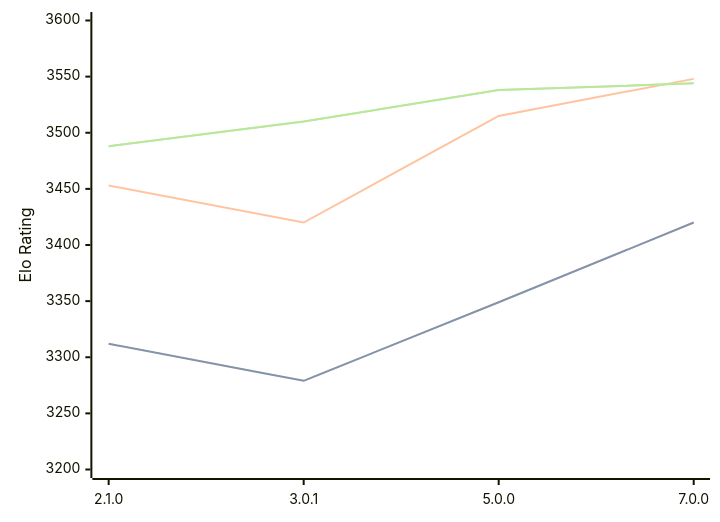
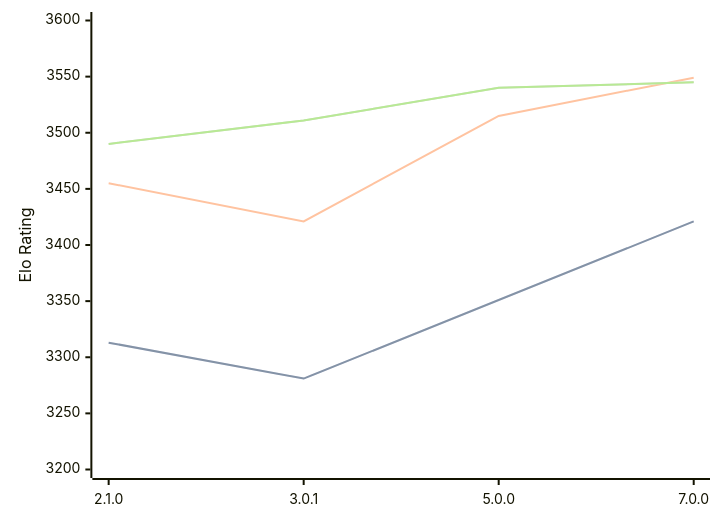
One commit to computer-chess-index/cci changed the first of 3 diagrams in engines/PlentyChess.md. Above: the diagram before and after it, drawn with Mermaid. The commit also changed other lines of this file, not shown here.

Commit message:
Update CCI Ratings (ELO VLTC) - 2026-06-23

````diff
--- a/engines/PlentyChess.md
+++ b/engines/PlentyChess.md
@@ -45,11 +45,11 @@
 ```mermaid
 %%{init: {"theme":"base","themeVariables":{"seriesColors:['#a3a3a3','#222221','#faa371']}}}%%
 xychart-beta
   x-axis ["2.1.0", "3.0.1", "5.0.0", "7.0.0"]
   y-axis "Elo Rating" 3200 --> 3600
-  line "STC (8.0+0.08s)" [3312, 3279, 3349, 3420]
-  line "STC (8.0+0.08s)" [3312, 3279, 3349, 3420]
-  line "LTC (60.0+0.60s)" [3453, 3420, 3515, 3548]
-  line "VLTC (2m24s+1.12s)" [3488, 3510, 3538, 3544]
-  line "VLTC (2m24s+1.12s)" [3488, 3510, 3538, 3544]
+  line "STC (8.0+0.08s)" [3313, 3281, 3351, 3421]
+  line "STC (8.0+0.08s)" [3313, 3281, 3351, 3421]
+  line "LTC (60.0+0.60s)" [3455, 3421, 3515, 3549]
+  line "VLTC (2m24s+1.12s)" [3490, 3511, 3540, 3545]
+  line "VLTC (2m24s+1.12s)" [3490, 3511, 3540, 3545]
 ```
````
